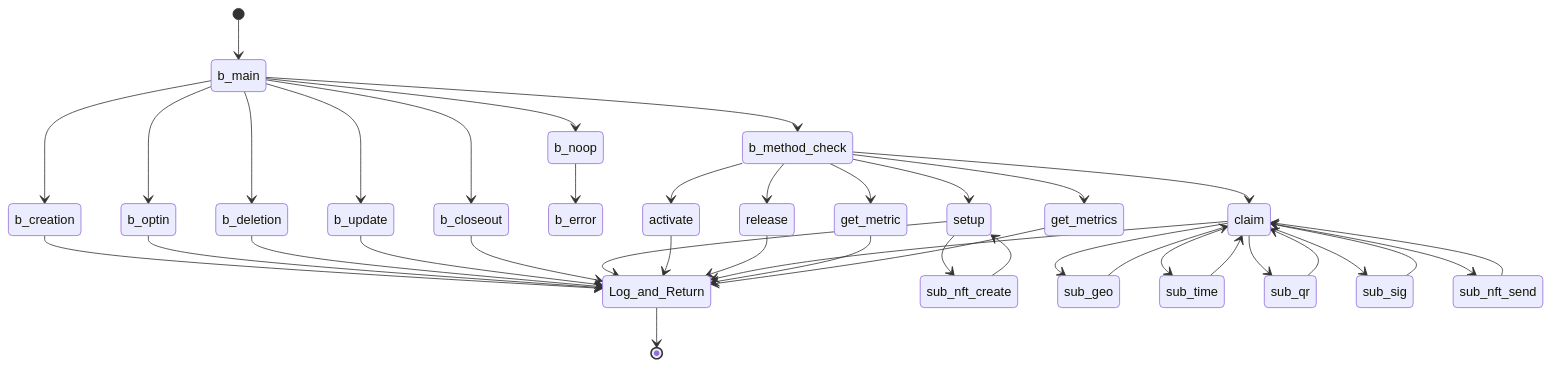
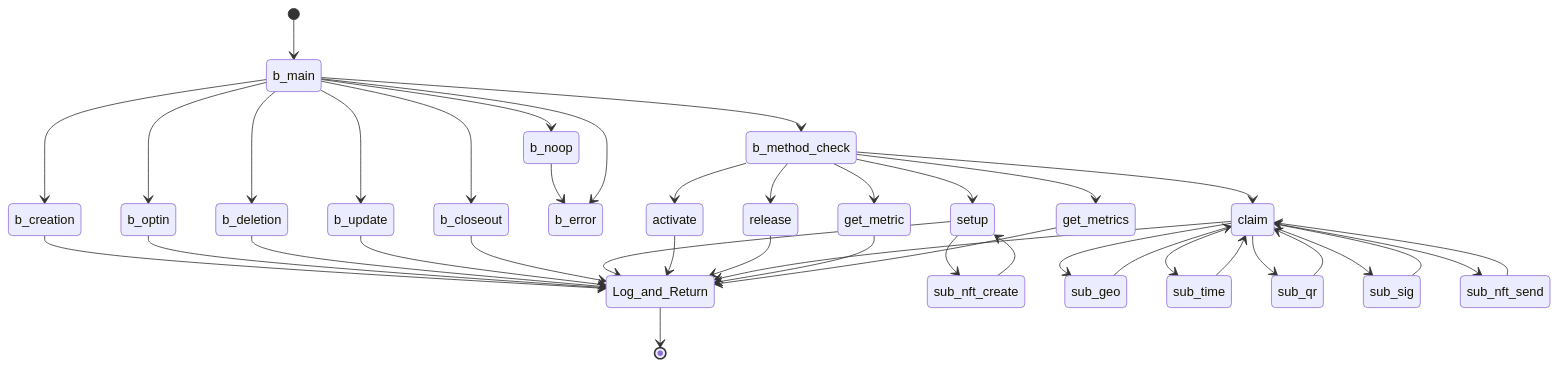
One commit to GoPlausible/.github changed the ninth of 10 diagrams in profile/README.md. Above: the diagram before and after it, drawn with Mermaid.

````diff
--- a/profile/README.md
+++ b/profile/README.md
@@ -438,57 +438,58 @@
 ```mermaid
   stateDiagram-v2
     [*] --> b_main
     b_main --> b_method_check
     b_main --> b_creation
     b_creation --> Log_and_Return
     b_main --> b_optin
     b_optin --> Log_and_Return
     b_main --> b_deletion
     b_deletion --> Log_and_Return
     b_main --> b_update
     b_update --> Log_and_Return
     b_main --> b_closeout
     b_closeout --> Log_and_Return
 
  
     b_main --> b_noop
+    
     b_noop --> b_error
-   
+    b_main --> b_error
   
 
     b_method_check --> setup
     setup --> sub_nft_create
     sub_nft_create --> setup
     setup --> Log_and_Return
 
     b_method_check --> activate
     activate --> Log_and_Return
 
     b_method_check --> release
     release --> Log_and_Return
 
     b_method_check --> claim
     claim --> sub_geo
     sub_geo --> claim
     claim --> sub_time
     sub_time --> claim
     claim --> sub_qr
     sub_qr --> claim
     claim --> sub_sig
     sub_sig --> claim
     claim --> sub_nft_send
     sub_nft_send --> claim
     claim --> Log_and_Return
 
   
     b_method_check --> get_metric
     get_metric --> Log_and_Return
     
   
     b_method_check --> get_metrics
     get_metrics --> Log_and_Return
   
     
     Log_and_Return --> [*]
     
 ```
````
